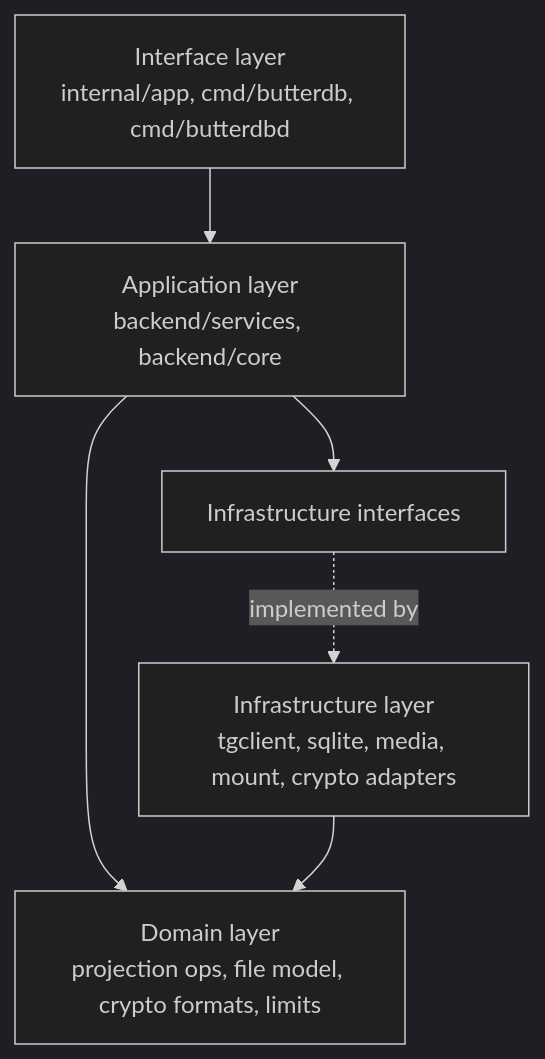
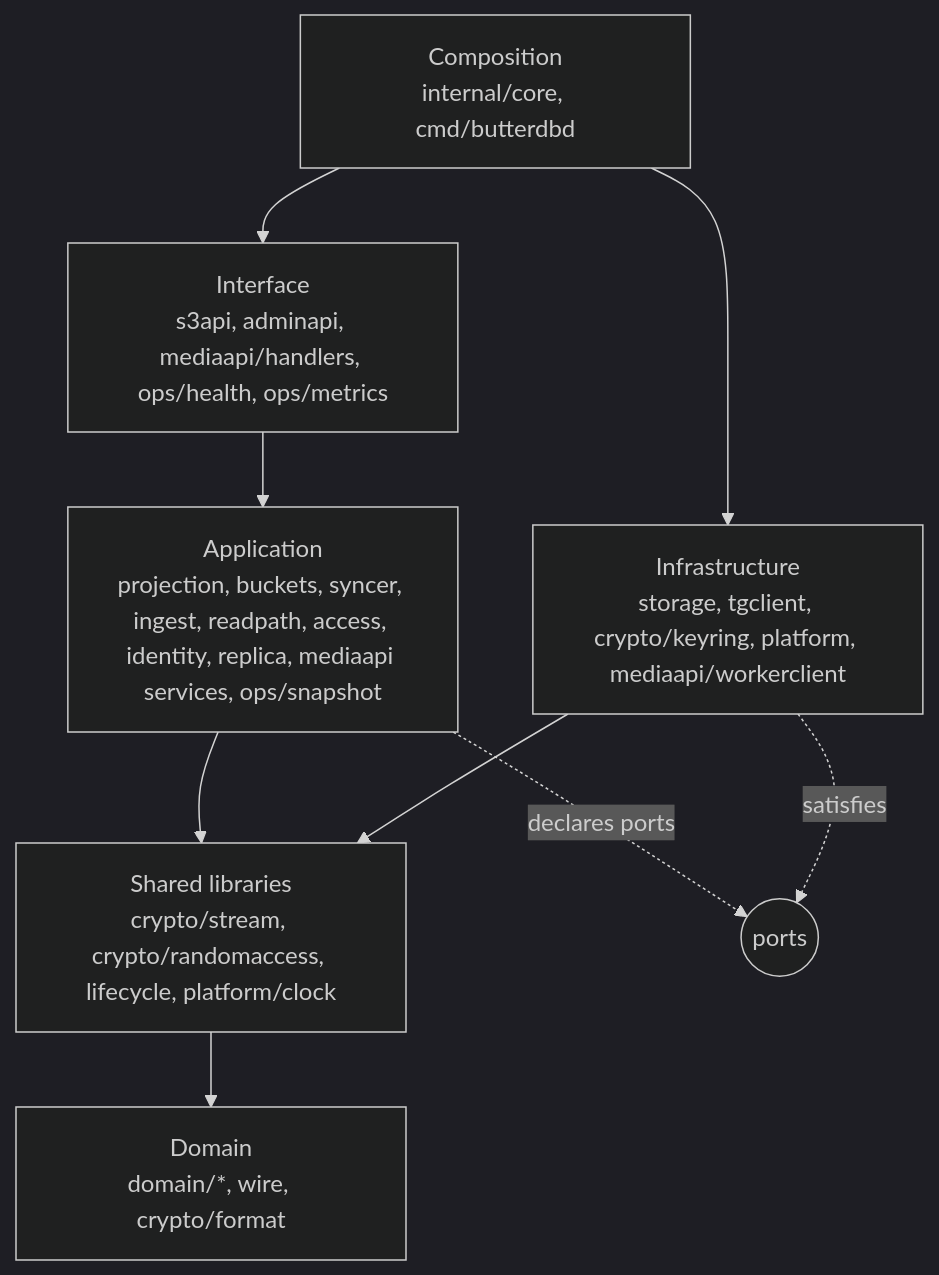
Before and after one commit to PRIEYAN/ButterDB: the diagram in docs/plan.md, drawn with Mermaid (dark theme). The commit also changed other lines of this file and 30 other files, not shown here.

````diff
--- a/docs/plan.md
+++ b/docs/plan.md
@@ -46,9 +102,12 @@
 ```mermaid
 flowchart TD
-    I[Interface layer<br/>internal/app, cmd/butterdb, cmd/butterdbd] --> A
-    A[Application layer<br/>backend/services, backend/core] --> D
-    N[Infrastructure layer<br/>tgclient, sqlite, media, mount, crypto adapters] --> D
-    A --> N2[Infrastructure interfaces]
-    D[Domain layer<br/>projection ops, file model, crypto formats, limits]
-    N2 -. implemented by .-> N
+    C[Composition<br/>internal/core, cmd/butterdbd] --> I
+    C --> F
+    I[Interface<br/>s3api, adminapi, mediaapi/handlers, ops/health, ops/metrics] --> A
+    A[Application<br/>projection, buckets, syncer, ingest, readpath, access, identity, replica, mediaapi services, ops/snapshot] --> S
+    F[Infrastructure<br/>storage, tgclient, crypto/keyring, platform, mediaapi/workerclient] --> S
+    A -. declares ports .-> P((ports))
+    F -. satisfies .-> P
+    S[Shared libraries<br/>crypto/stream, crypto/randomaccess, lifecycle, platform/clock] --> D
+    D[Domain<br/>domain/*, wire, crypto/format]
 ```
````
